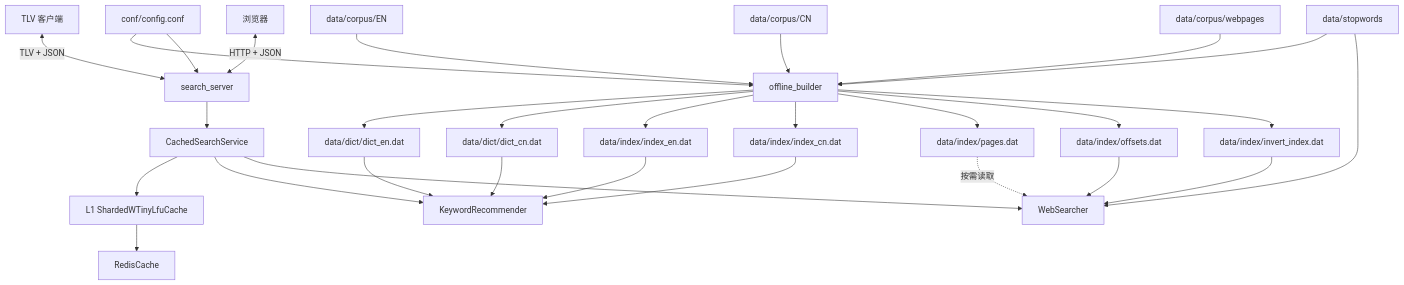
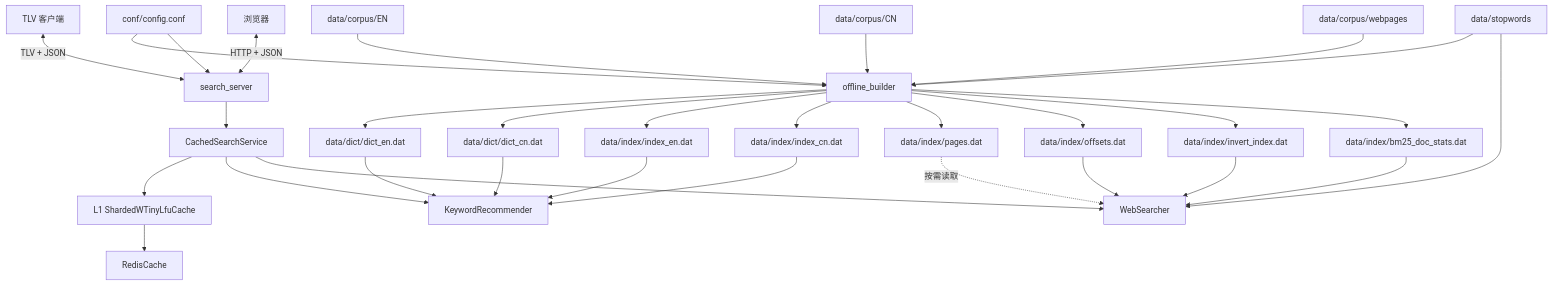
Before and after one commit to dijk4tra/Cpp_Advanced: the first of 11 diagrams in 课件/07_搜索引擎项目/03_SearchEngine_V3.1/README.md, drawn with Mermaid. The commit also changed other lines of this file and 6 other files, not shown here.

````diff
--- a/课件/07_搜索引擎项目/03_SearchEngine_V3.1/README.md
+++ b/课件/07_搜索引擎项目/03_SearchEngine_V3.1/README.md
@@ -41,36 +47,38 @@
 ```mermaid
 flowchart TD
     CFG[conf/config.conf] --> OFF[offline_builder]
     CFG --> ON[search_server]
 
     ENC[data/corpus/EN] --> OFF
     CNC[data/corpus/CN] --> OFF
     WEB[data/corpus/webpages] --> OFF
     SW[data/stopwords] --> OFF
 
     OFF --> ED[data/dict/dict_en.dat]
     OFF --> CD[data/dict/dict_cn.dat]
     OFF --> EI[data/index/index_en.dat]
     OFF --> CI[data/index/index_cn.dat]
     OFF --> P[data/index/pages.dat]
     OFF --> O[data/index/offsets.dat]
     OFF --> INV[data/index/invert_index.dat]
+    OFF --> STATS[data/index/bm25_doc_stats.dat]
 
     Client[TLV 客户端] <-->|TLV + JSON| ON
     Browser[浏览器] <-->|HTTP + JSON| ON
 
     ON --> CACHED[CachedSearchService]
     CACHED --> L1[L1 ShardedWTinyLfuCache]
     L1 --> L2[RedisCache]
     CACHED --> REC[KeywordRecommender]
     CACHED --> SEARCH[WebSearcher]
 
     ED --> REC
     CD --> REC
     EI --> REC
     CI --> REC
     INV --> SEARCH
+    STATS --> SEARCH
     O --> SEARCH
     P -.按需读取.-> SEARCH
     SW --> SEARCH
 ```
````
